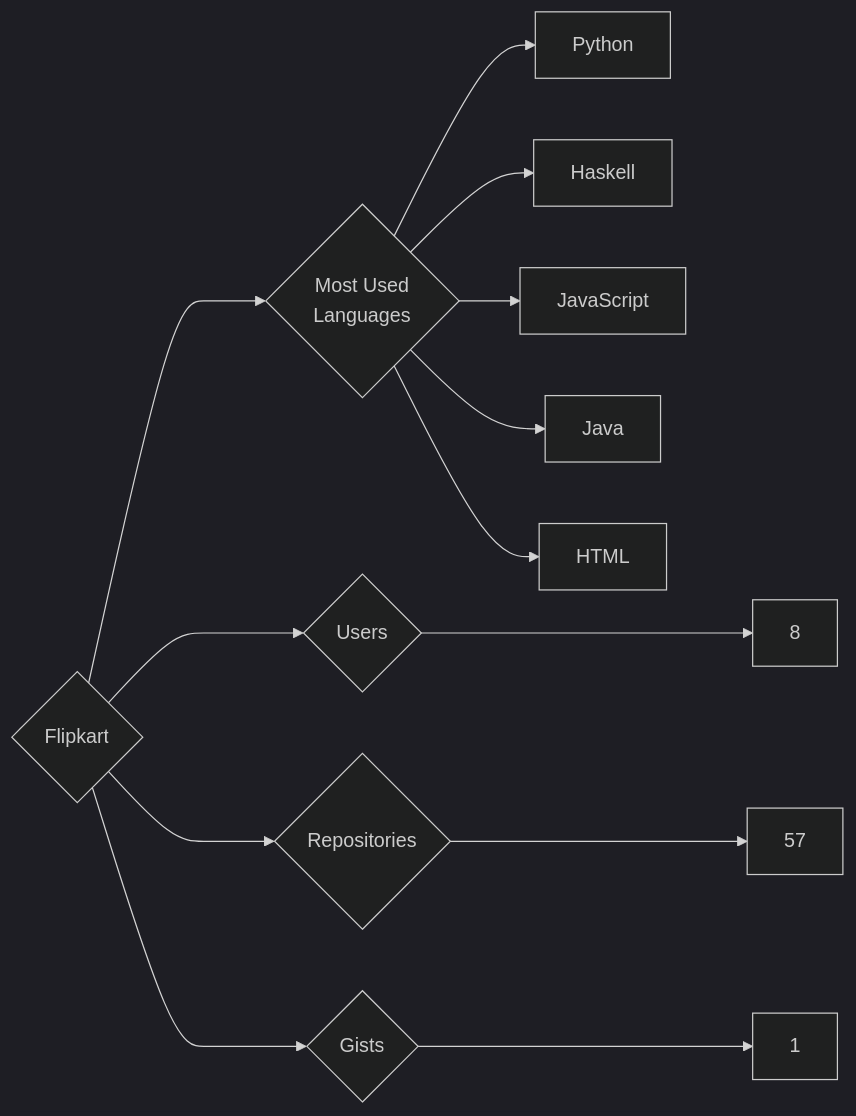
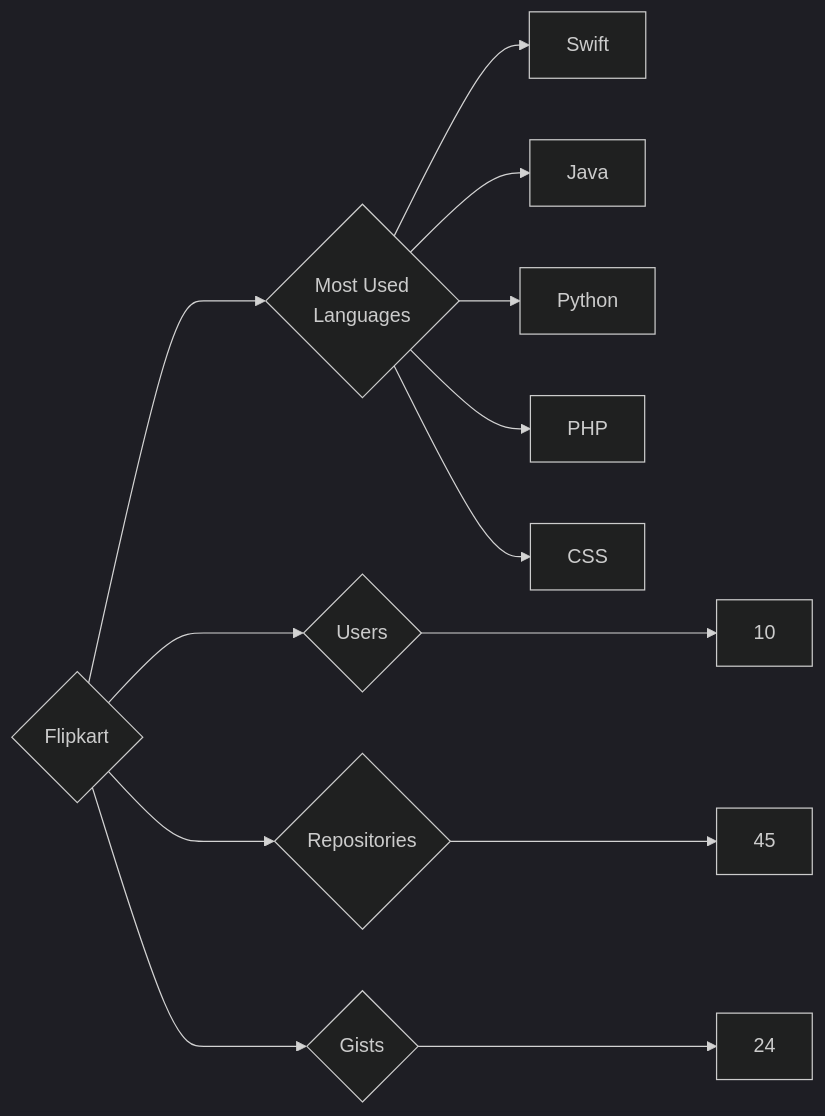
Before and after one commit to trickest/insiders: the diagram in targets/Flipkart/README.md, drawn with Mermaid (dark theme). The commit also changed 1055 other files, not shown here.

````diff
--- a/targets/Flipkart/README.md
+++ b/targets/Flipkart/README.md
@@ -3,13 +3,13 @@
 ```mermaid
 graph LR
 COMPANY_NAME{Flipkart}
-COMPANY_NAME ---> U{Users} ---> UN[8]
-COMPANY_NAME ---> R{Repositories} ---> RN[57]
-COMPANY_NAME ---> G{Gists} ---> GN[1]
+COMPANY_NAME ---> U{Users} ---> UN[10]
+COMPANY_NAME ---> R{Repositories} ---> RN[45]
+COMPANY_NAME ---> G{Gists} ---> GN[24]
 COMPANY_NAME ---> ML{Most Used<br>Languages}
+ML --> Swift[Swift]
+ML --> Java[Java]
 ML --> Python[Python]
-ML --> Haskell[Haskell]
-ML --> JavaScript[JavaScript]
-ML --> Java[Java]
-ML --> HTML[HTML]
+ML --> PHP[PHP]
+ML --> CSS[CSS]
 ```
````
